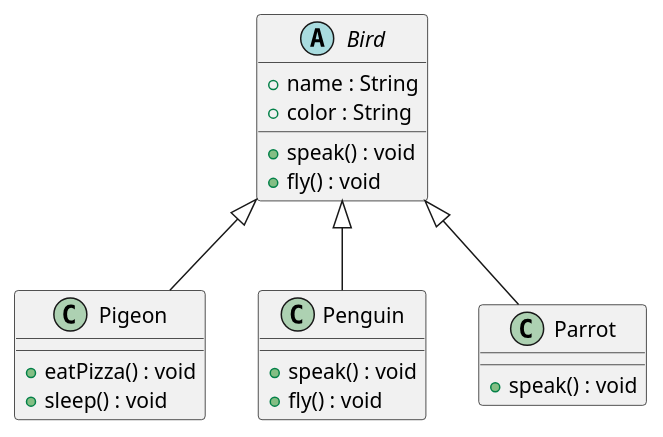
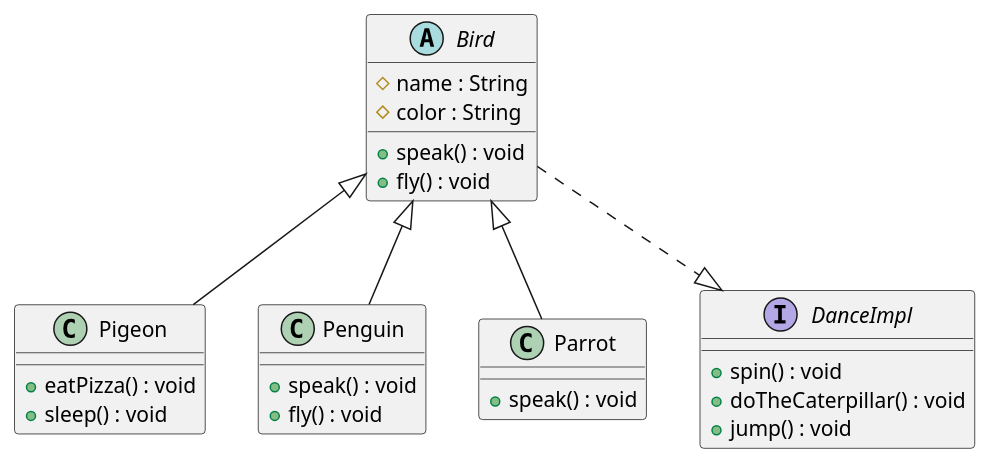
One commit to JavidRMir/introduction-to-oop-project changed the diagram in src/Bird.puml. Above: the diagram before and after it, drawn with PlantUML. The commit also changed 4 other files, not shown here.

```diff
--- a/src/Bird.puml
+++ b/src/Bird.puml
@@ -1,30 +1,38 @@
 @startuml
 
 abstract class Bird {
-    + name : String
-    + color : String
+    # name : String
+    # color : String
     + speak() : void
     + fly() : void
 }
 
 class Pigeon {
     + eatPizza() : void
     + sleep() : void
 }
 
 Bird <|-- Pigeon
 
 class Penguin {
     + speak() : void
     + fly() : void
 }
 
 Bird <|-- Penguin
 
 class Parrot {
     + speak() : void
 }
 
 Bird <|-- Parrot
 
+interface DanceImpl {
+    + spin() : void
+    + doTheCaterpillar() : void
+    + jump() : void
+}
+
+Bird ..|> DanceImpl
+
 @enduml
```
